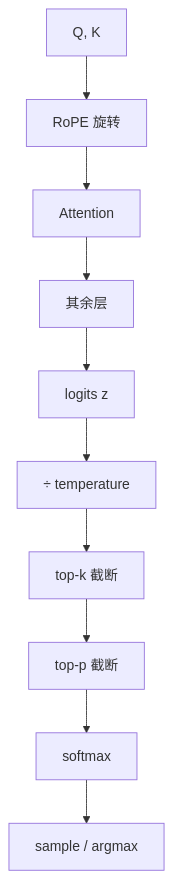
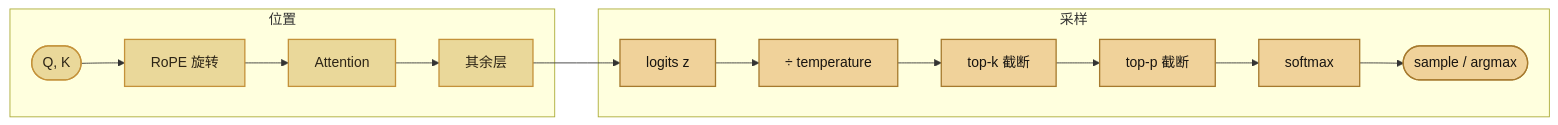
The diagram in src/content/docs/01-transformer/04-rope-logits-sampling.mdx (xiangel/llm-inference-course), drawn with Mermaid before and after one commit. The commit also changed 9 other files, not shown here.

First line of the commit message:
Restyle architecture diagrams to match the book palette

````diff
--- a/src/content/docs/01-transformer/04-rope-logits-sampling.mdx
+++ b/src/content/docs/01-transformer/04-rope-logits-sampling.mdx
@@ -102,12 +102,23 @@
 ```mermaid
-flowchart TB
-  QK["Q, K"] --> Rot["RoPE 旋转"]
-  Rot --> Attn["Attention"]
-  Attn --> Layers["其余层"]
-  Layers --> Z["logits z"]
-  Z --> T["÷ temperature"]
-  T --> K["top-k 截断"]
-  K --> P["top-p 截断"]
-  P --> SM["softmax"]
-  SM --> Draw["sample / argmax"]
+flowchart LR
+  classDef compute fill:#ead89a,stroke:#c4923a,color:#2c2416,stroke-width:1.5px
+  classDef sample fill:#f0d29a,stroke:#a67a2e,color:#171410,stroke-width:1.5px
+
+  subgraph Pos["位置"]
+    QK(["Q, K"]):::compute --> Rot["RoPE 旋转"]:::compute
+    Rot --> Attn["Attention"]:::compute
+    Attn --> Layers["其余层"]:::compute
+  end
+
+  subgraph Sample["采样"]
+    Z["logits z"]:::sample
+    T["÷ temperature"]:::sample
+    K["top-k 截断"]:::sample
+    P["top-p 截断"]:::sample
+    SM["softmax"]:::sample
+    Draw(["sample / argmax"]):::sample
+    Z --> T --> K --> P --> SM --> Draw
+  end
+
+  Layers --> Z
 ```
````
